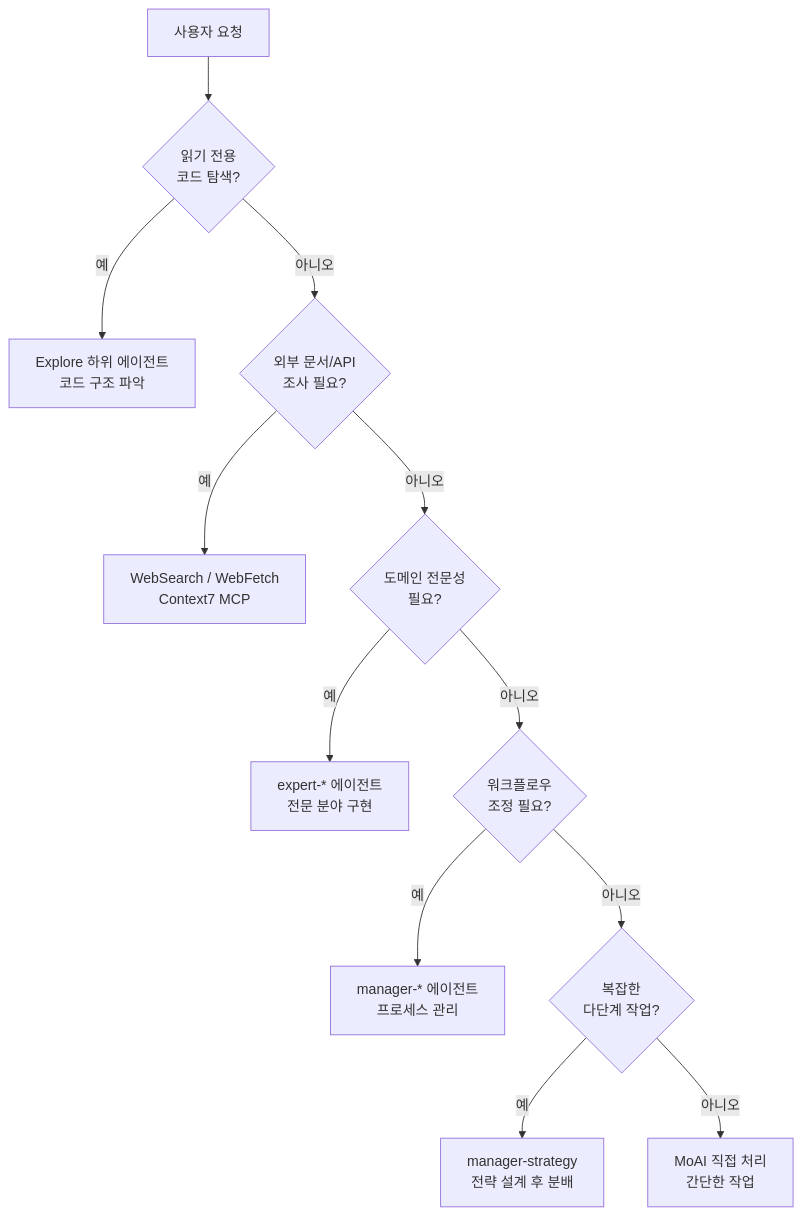
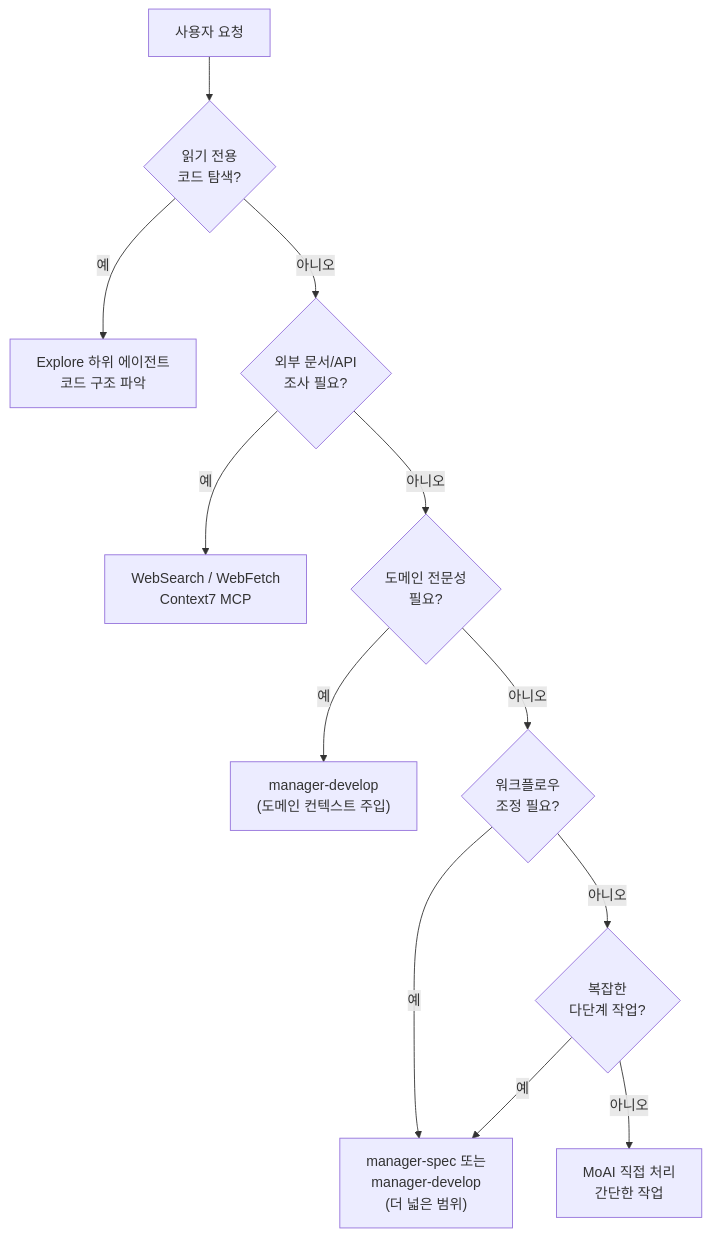
Before and after one commit to modu-ai/moai-adk: the third of 4 diagrams in docs-site/content/ko/advanced/agent-guide.md, drawn with Mermaid. The commit also changed other lines of this file and 153 other files, not shown here.

````diff
--- a/docs-site/content/ko/advanced/agent-guide.md
+++ b/docs-site/content/ko/advanced/agent-guide.md
@@ -236,19 +159,19 @@
 ```mermaid
 flowchart TD
     START[사용자 요청] --> Q1{읽기 전용<br>코드 탐색?}
 
     Q1 -->|예| EXPLORE["Explore 하위 에이전트<br>코드 구조 파악"]
     Q1 -->|아니오| Q2{외부 문서/API<br>조사 필요?}
 
     Q2 -->|예| WEB["WebSearch / WebFetch<br>Context7 MCP"]
     Q2 -->|아니오| Q3{도메인 전문성<br>필요?}
 
-    Q3 -->|예| EXPERT["expert-* 에이전트<br>전문 분야 구현"]
+    Q3 -->|예| DOMAINCTX["manager-develop<br>(도메인 컨텍스트 주입)"]
     Q3 -->|아니오| Q4{워크플로우<br>조정 필요?}
 
     Q4 -->|예| MANAGER["manager-* 에이전트<br>프로세스 관리"]
     Q4 -->|아니오| Q5{복잡한<br>다단계 작업?}
 
-    Q5 -->|예| STRATEGY["manager-strategy<br>전략 설계 후 분배"]
+    Q5 -->|예| MANAGER["manager-spec 또는<br>manager-develop<br>(더 넓은 범위)"]
     Q5 -->|아니오| DIRECT["MoAI 직접 처리<br>간단한 작업"]
 ```
````
